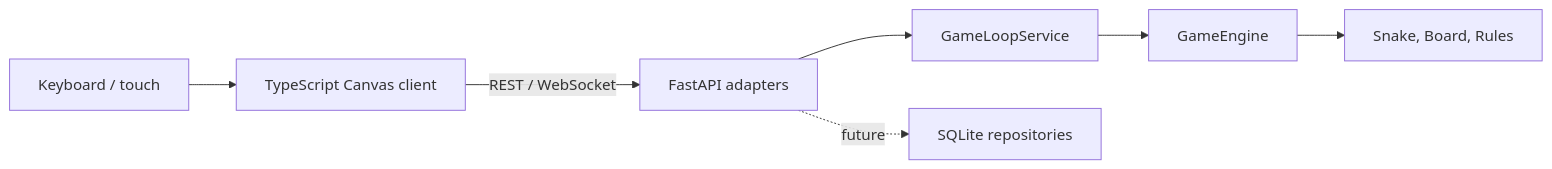
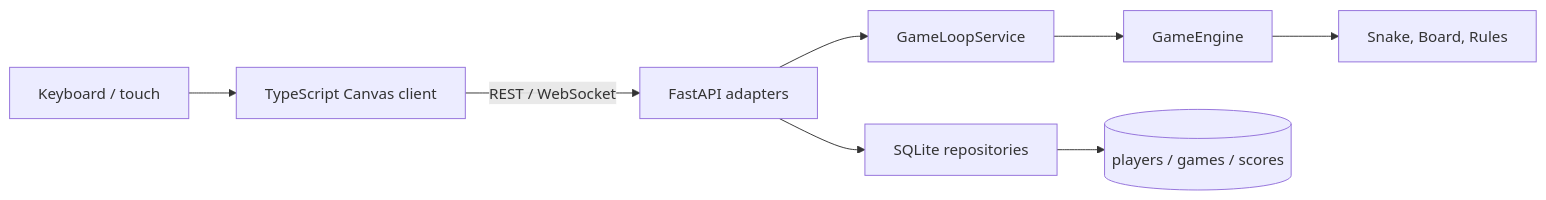
The diagram in docs/architecture/overview.md (ddeveloper72/classic-snake-byte), drawn with Mermaid before and after one commit. The commit also changed other lines of this file and 13 other files, not shown here.

First line of the commit message:
Add secure SQLite game persistence

````diff
--- a/docs/architecture/overview.md
+++ b/docs/architecture/overview.md
@@ -8,9 +8,10 @@
 ```mermaid
 flowchart LR
     Input[Keyboard / touch] --> Browser[TypeScript Canvas client]
     Browser -->|REST / WebSocket| API[FastAPI adapters]
     API --> Loop[GameLoopService]
     Loop --> Engine[GameEngine]
     Engine --> Domain[Snake, Board, Rules]
-    API -. future .-> Repository[SQLite repositories]
+    API --> Persistence[SQLite repositories]
+    Persistence --> Schema[(players / games / scores)]
 ```
````
